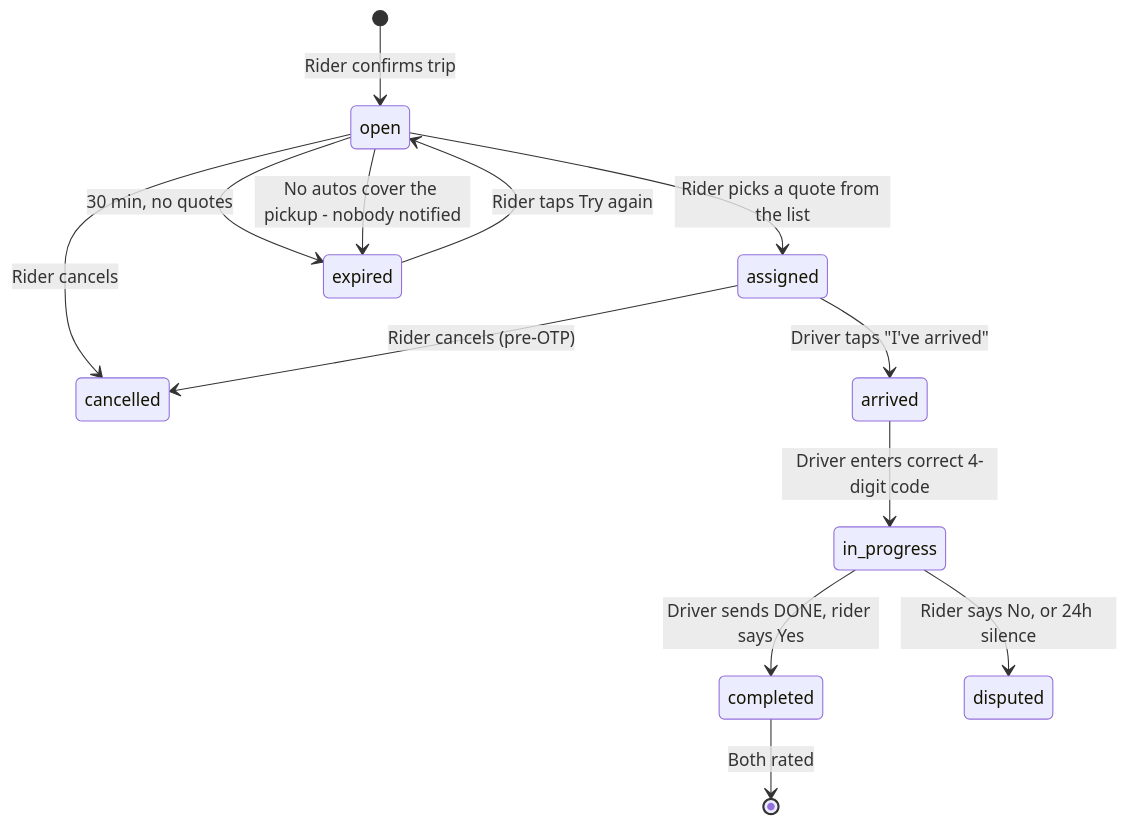
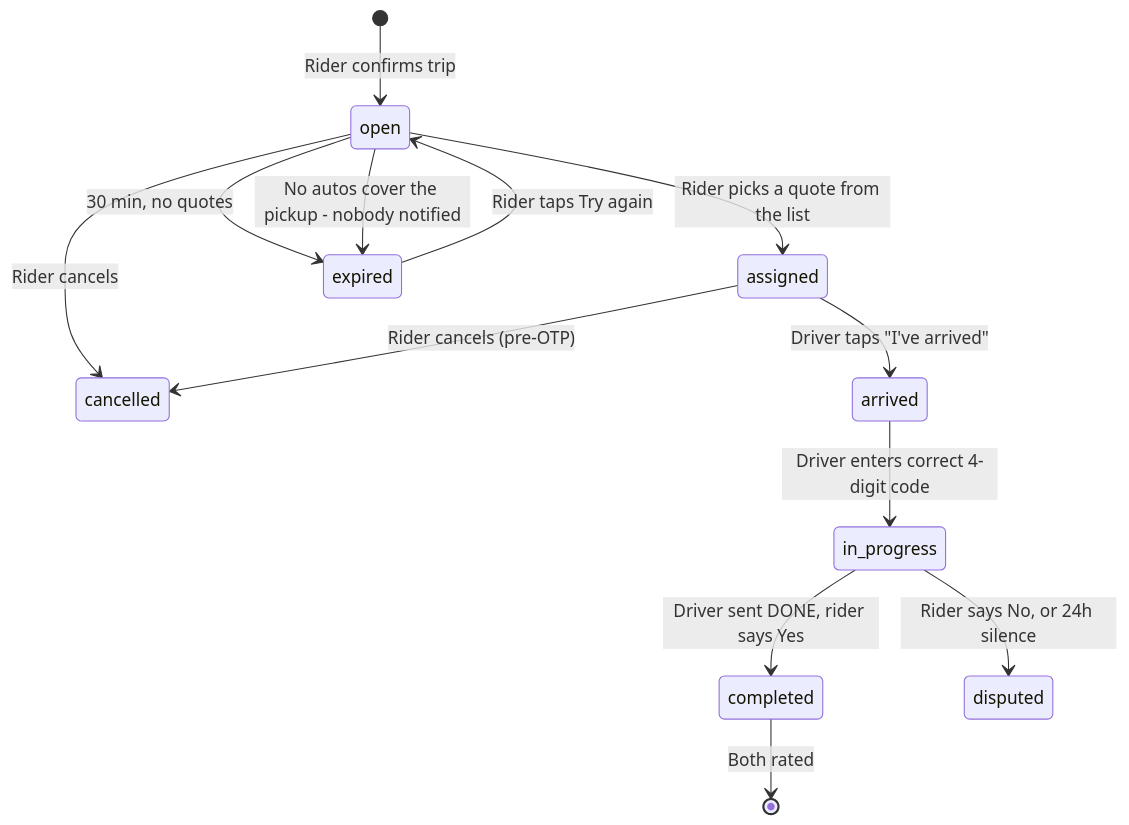
One commit to gakubhat/vauto changed the diagram in docs/overview.md. Above: the diagram before and after it, drawn with Mermaid. The commit also changed other lines of this file and 59 other files, not shown here.

````diff
--- a/docs/overview.md
+++ b/docs/overview.md
@@ -178,15 +188,15 @@
 ```mermaid
 stateDiagram-v2
     [*] --> open: Rider confirms trip
     open --> assigned: Rider picks a quote from the list
     open --> cancelled: Rider cancels
     open --> expired: 30 min, no quotes
     open --> expired: No autos cover the pickup - nobody notified
     expired --> open: Rider taps Try again
     assigned --> cancelled: Rider cancels (pre-OTP)
     assigned --> arrived: Driver taps "I've arrived"
     arrived --> in_progress: Driver enters correct 4-digit code
-    in_progress --> completed: Driver sends DONE, rider says Yes
+    in_progress --> completed: Driver sent DONE, rider says Yes
     in_progress --> disputed: Rider says No, or 24h silence
     completed --> [*]: Both rated
 ```
````
